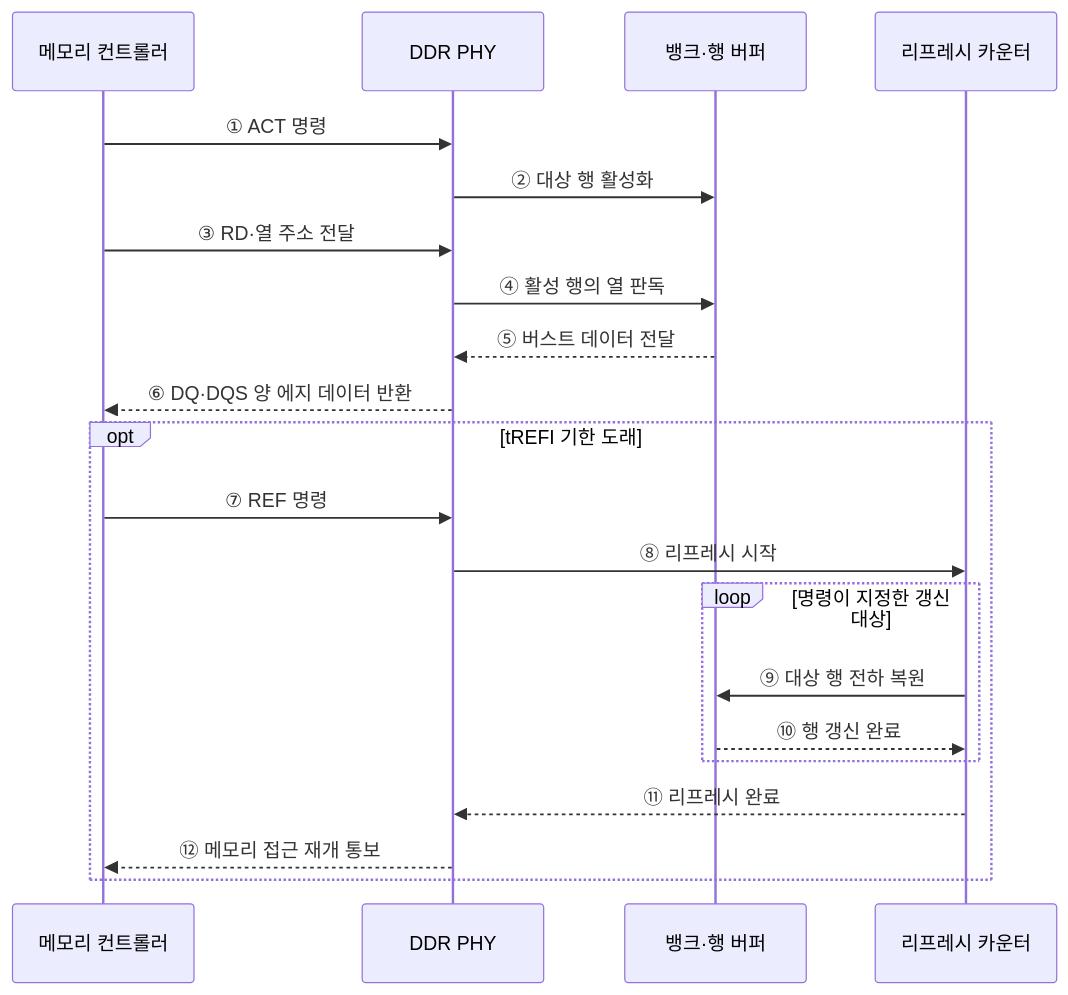
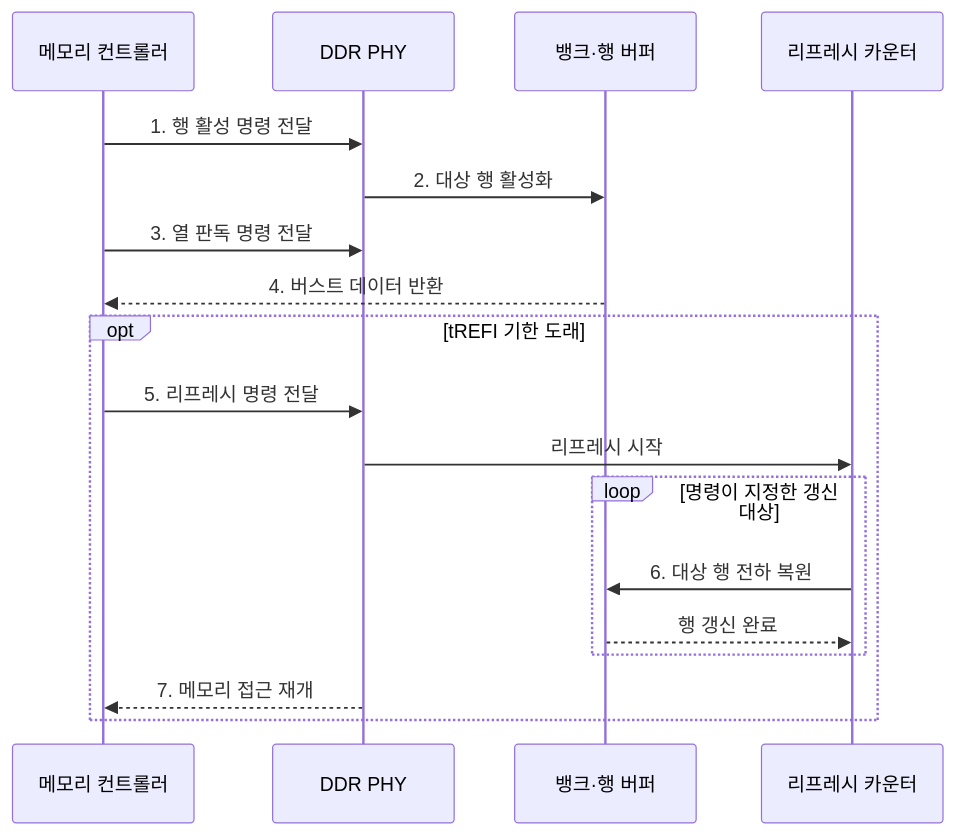
One commit to agnusdei1207/knowledge-base changed the second of 2 diagrams in src/content/docs/notes/02-hardware/024_ddr_sdram_refresh.md. Above: the diagram before and after it, drawn with Mermaid. The commit also changed other lines of this file and 20 other files, not shown here.

````diff
--- a/src/content/docs/notes/02-hardware/024_ddr_sdram_refresh.md
+++ b/src/content/docs/notes/02-hardware/024_ddr_sdram_refresh.md
@@ -83,23 +87,20 @@
 ```mermaid
 sequenceDiagram
     participant C as 메모리 컨트롤러
     participant P as DDR PHY
     participant B as 뱅크·행 버퍼
     participant R as 리프레시 카운터
-    C->>P: ① ACT 명령
-    P->>B: ② 대상 행 활성화
-    C->>P: ③ RD·열 주소 전달
-    P->>B: ④ 활성 행의 열 판독
-    B-->>P: ⑤ 버스트 데이터 전달
-    P-->>C: ⑥ DQ·DQS 양 에지 데이터 반환
+    C->>P: 1. 행 활성 명령 전달
+    P->>B: 2. 대상 행 활성화
+    C->>P: 3. 열 판독 명령 전달
+    B-->>C: 4. 버스트 데이터 반환
     opt tREFI 기한 도래
-        C->>P: ⑦ REF 명령
-        P->>R: ⑧ 리프레시 시작
+        C->>P: 5. 리프레시 명령 전달
+        P->>R: 리프레시 시작
         loop 명령이 지정한 갱신 대상
-            R->>B: ⑨ 대상 행 전하 복원
-            B-->>R: ⑩ 행 갱신 완료
+            R->>B: 6. 대상 행 전하 복원
+            B-->>R: 행 갱신 완료
         end
-        R-->>P: ⑪ 리프레시 완료
-        P-->>C: ⑫ 메모리 접근 재개 통보
+        P-->>C: 7. 메모리 접근 재개
     end
 ```
````
